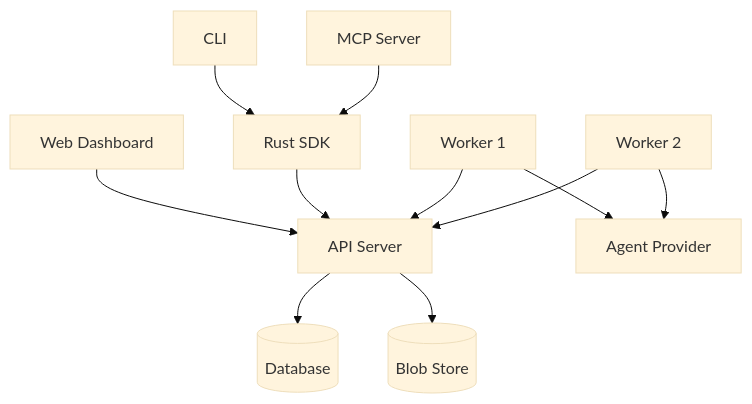
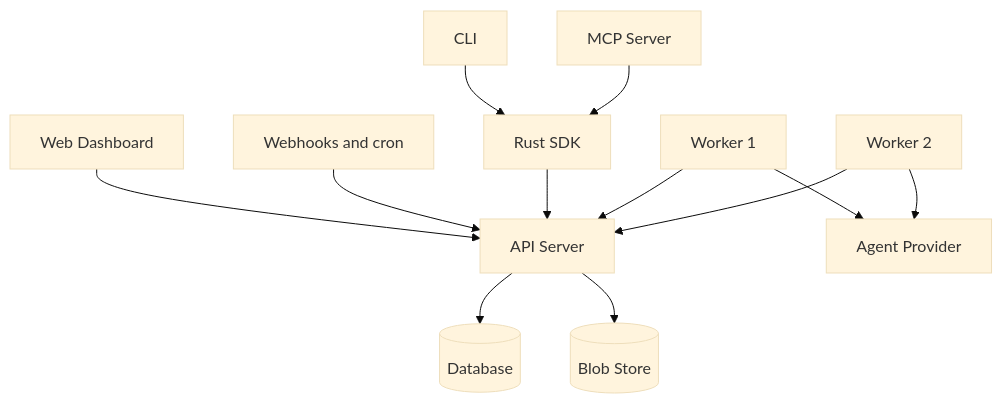
Before and after one commit to ThomasTartrau/ironflow: the diagram in docs/book/src/architecture/overview.md, drawn with Mermaid (base theme). The commit also changed other lines of this file and 24 other files, not shown here.

````diff
--- a/docs/book/src/architecture/overview.md
+++ b/docs/book/src/architecture/overview.md
@@ -7,13 +7,14 @@
 ```mermaid
 graph TD
     Dashboard[Web Dashboard] --> API[API Server]
     CLI[CLI] --> SDK[Rust SDK]
     MCP[MCP Server] --> SDK
+    Hooks[Webhooks and cron] --> API
     SDK --> API
     API --> Store[(Database)]
     API --> Artifacts[(Blob Store)]
     Worker1[Worker 1] --> API
     Worker2[Worker 2] --> API
     Worker1 --> Provider[Agent Provider]
     Worker2 --> Provider
 ```
````
